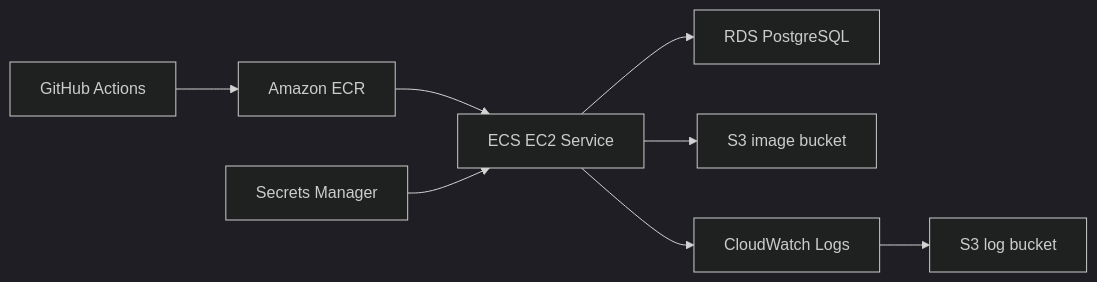
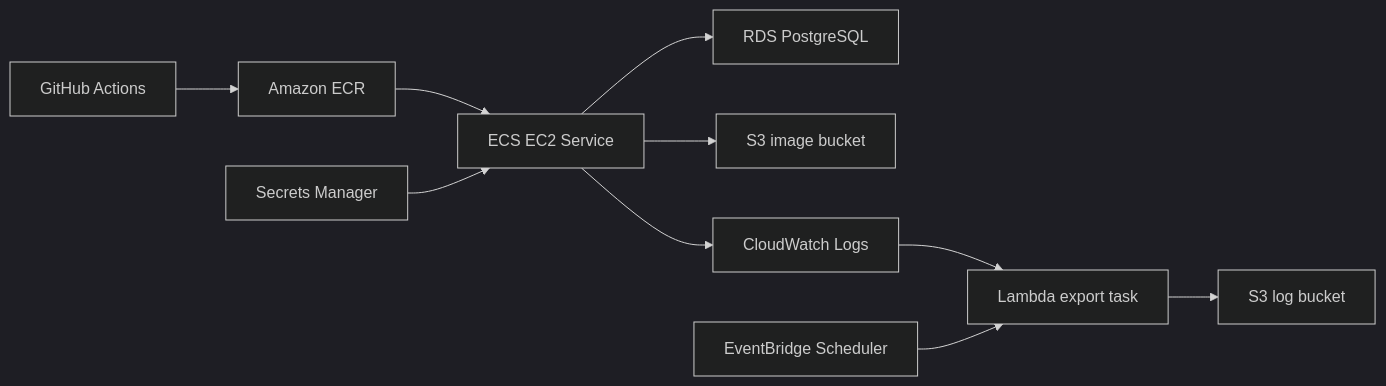
Before and after one commit to sprint-sb09-part03-team02/sb09-deokhugam-team02: the diagram in deokhugam/docs/AWS_DEPLOYMENT.md, drawn with Mermaid (dark theme). The commit also changed other lines of this file and 8 other files, not shown here.

````diff
--- a/deokhugam/docs/AWS_DEPLOYMENT.md
+++ b/deokhugam/docs/AWS_DEPLOYMENT.md
@@ -7,10 +7,12 @@
 ```mermaid
 flowchart LR
   GH["GitHub Actions"] --> ECR["Amazon ECR"]
   ECR --> ECS["ECS EC2 Service"]
   ECS --> RDS["RDS PostgreSQL"]
   ECS --> S3IMG["S3 image bucket"]
   ECS --> CW["CloudWatch Logs"]
-  CW --> S3LOG["S3 log bucket"]
+  CW --> LAMBDA["Lambda export task"]
+  EVENT["EventBridge Scheduler"] --> LAMBDA
+  LAMBDA --> S3LOG["S3 log bucket"]
   SM["Secrets Manager"] --> ECS
 ```
````
